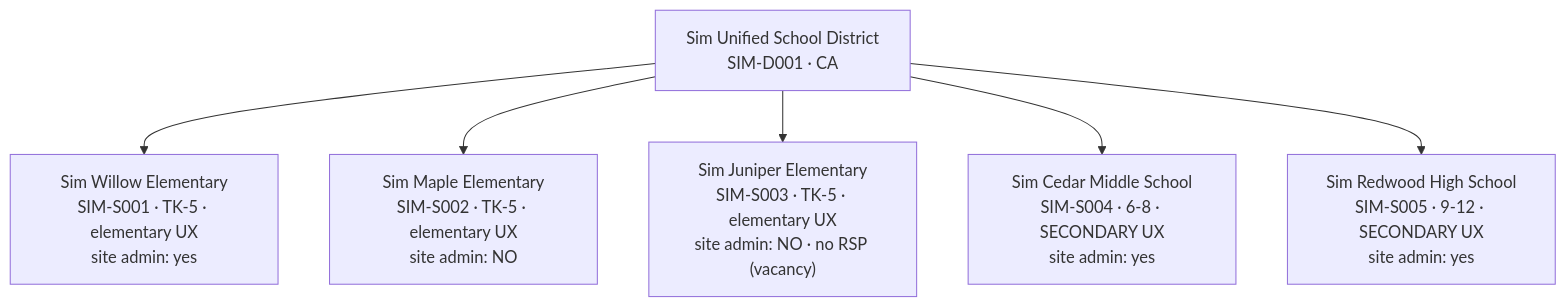
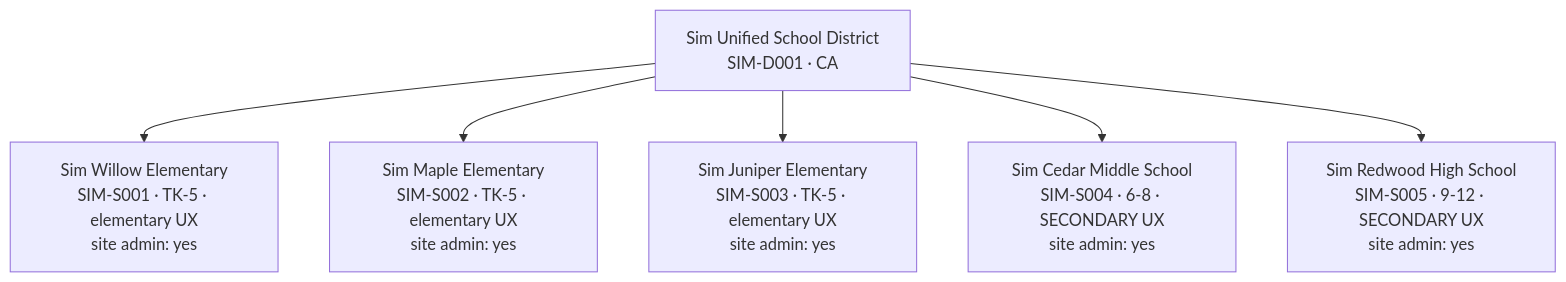
Before and after one commit to bstewart2255/speddy: the diagram in docs/SIM_DISTRICT.md, drawn with Mermaid. The commit also changed other lines of this file, not shown here.

First line of the commit message:
docs(sim-district): full staffing at every site per owner review round 2

````diff
--- a/docs/SIM_DISTRICT.md
+++ b/docs/SIM_DISTRICT.md
@@ -129,9 +133,9 @@
 ```mermaid
 flowchart TD
     D["Sim Unified School District<br/>SIM-D001 · CA"]
     D --> W["Sim Willow Elementary<br/>SIM-S001 · TK-5 · elementary UX<br/>site admin: yes"]
-    D --> M["Sim Maple Elementary<br/>SIM-S002 · TK-5 · elementary UX<br/>site admin: NO"]
-    D --> J["Sim Juniper Elementary<br/>SIM-S003 · TK-5 · elementary UX<br/>site admin: NO · no RSP (vacancy)"]
+    D --> M["Sim Maple Elementary<br/>SIM-S002 · TK-5 · elementary UX<br/>site admin: yes"]
+    D --> J["Sim Juniper Elementary<br/>SIM-S003 · TK-5 · elementary UX<br/>site admin: yes"]
     D --> C["Sim Cedar Middle School<br/>SIM-S004 · 6-8 · SECONDARY UX<br/>site admin: yes"]
     D --> H["Sim Redwood High School<br/>SIM-S005 · 9-12 · SECONDARY UX<br/>site admin: yes"]
 ```
````
